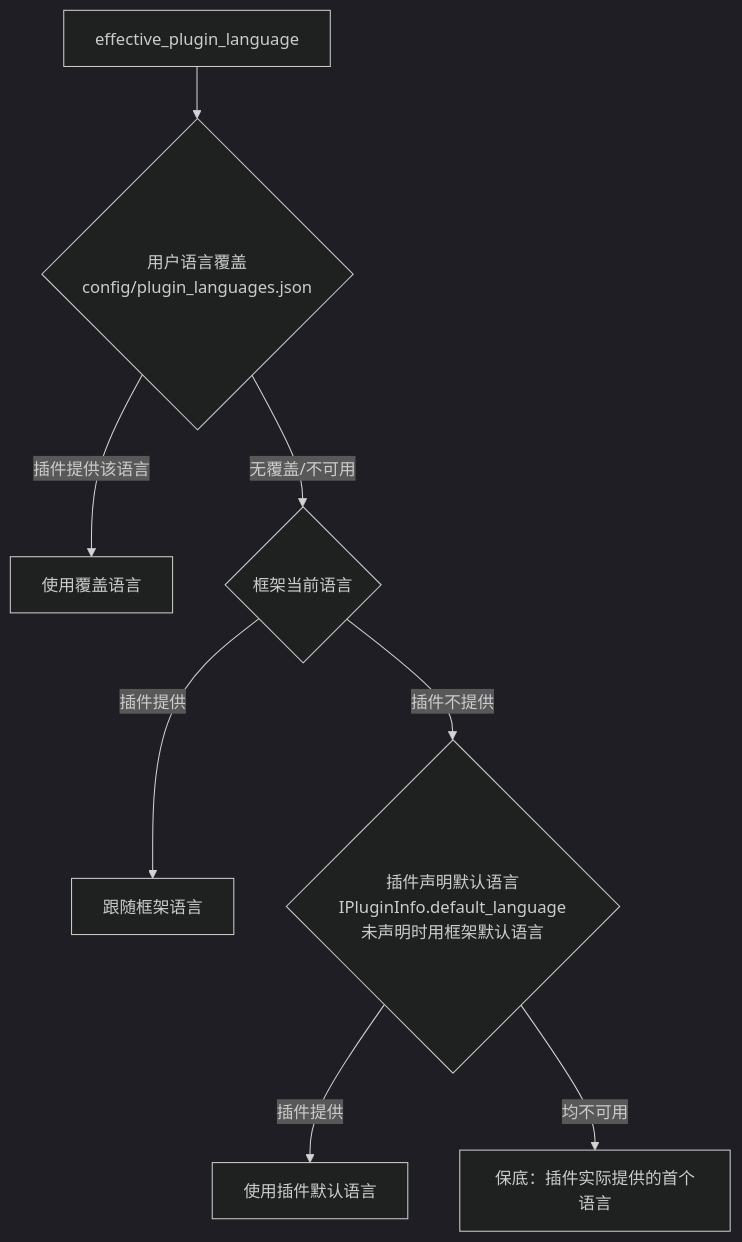
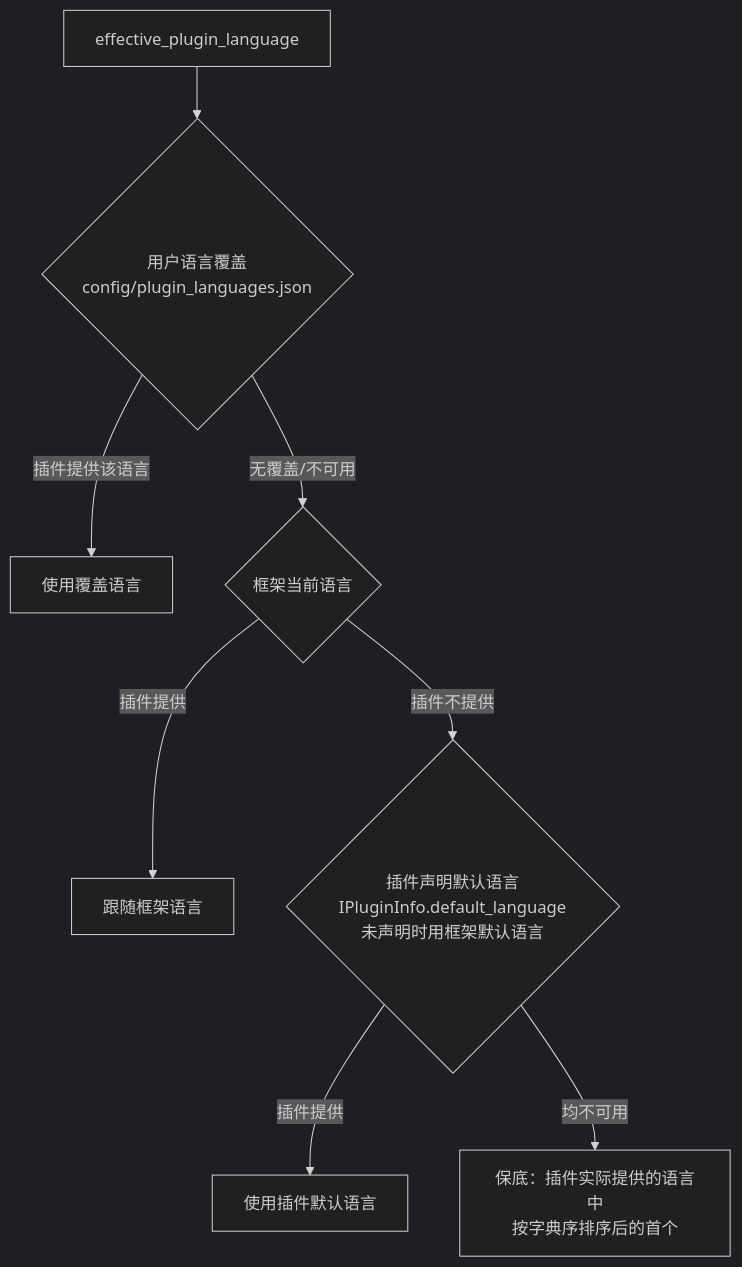
The second of 2 diagrams in docs/core/i18n/overview.md (KKPIP-Tech/InstructionX), drawn with Mermaid (dark theme) before and after one commit. The commit also changed 26 other files, not shown here.

````diff
--- a/docs/core/i18n/overview.md
+++ b/docs/core/i18n/overview.md
@@ -229,10 +229,10 @@
 ```mermaid
 flowchart TD
     A[effective_plugin_language] --> B{用户语言覆盖<br/>config/plugin_languages.json}
     B -->|插件提供该语言| C[使用覆盖语言]
     B -->|无覆盖/不可用| D{框架当前语言}
     D -->|插件提供| E[跟随框架语言]
     D -->|插件不提供| F{插件声明默认语言<br/>IPluginInfo.default_language<br/>未声明时用框架默认语言}
     F -->|插件提供| G[使用插件默认语言]
-    F -->|均不可用| H[保底：插件实际提供的首个语言]
+    F -->|均不可用| H["保底：插件实际提供的语言中<br/>按字典序排序后的首个"]
 ```
````
